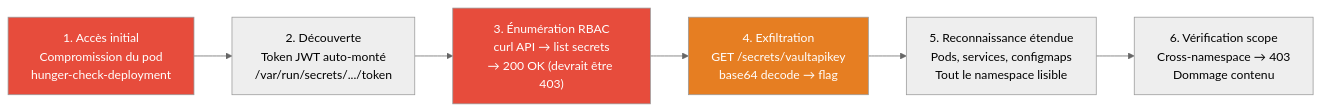
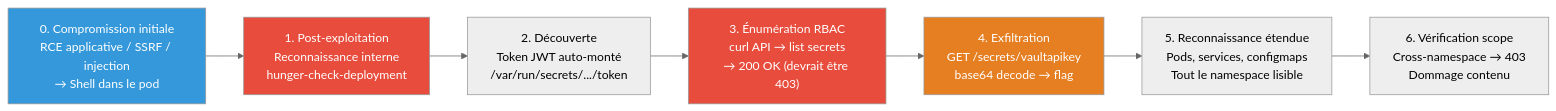
One commit to hikenroot/hikenroot-forge changed the second of 4 diagrams in docs/labs/cloud-lab/SC-CLD-004-rbac-least-privileges-misconfiguration.md. Above: the diagram before and after it, drawn with Mermaid (neutral theme). The commit also changed other lines of this file and 1 other file, not shown here.

Commit message:
docs: SC-CLD-001 rewrite external recon, SC-CLD-004 add Phase 0 post-exploitation context

````diff
--- a/docs/labs/cloud-lab/SC-CLD-004-rbac-least-privileges-misconfiguration.md
+++ b/docs/labs/cloud-lab/SC-CLD-004-rbac-least-privileges-misconfiguration.md
@@ -77,12 +77,14 @@
 ```mermaid
 graph LR
-    A["1. Accès initial<br/>Compromission du pod<br/>hunger-check-deployment"] --> B["2. Découverte<br/>Token JWT auto-monté<br/>/var/run/secrets/.../token"]
+    A0["0. Compromission initiale<br/>RCE applicative / SSRF / injection<br/>→ Shell dans le pod"] --> A["1. Post-exploitation<br/>Reconnaissance interne<br/>hunger-check-deployment"]
+    A --> B["2. Découverte<br/>Token JWT auto-monté<br/>/var/run/secrets/.../token"]
     B --> C["3. Énumération RBAC<br/>curl API → list secrets<br/>→ 200 OK (devrait être 403)"]
     C --> D["4. Exfiltration<br/>GET /secrets/vaultapikey<br/>base64 decode → flag"]
     D --> E["5. Reconnaissance étendue<br/>Pods, services, configmaps<br/>Tout le namespace lisible"]
     E --> F["6. Vérification scope<br/>Cross-namespace → 403<br/>Dommage contenu"]
 
+    style A0 fill:#3498db,color:#fff
     style A fill:#e74c3c,color:#fff
     style C fill:#e74c3c,color:#fff
     style D fill:#e67e22,color:#fff
 ```
````
